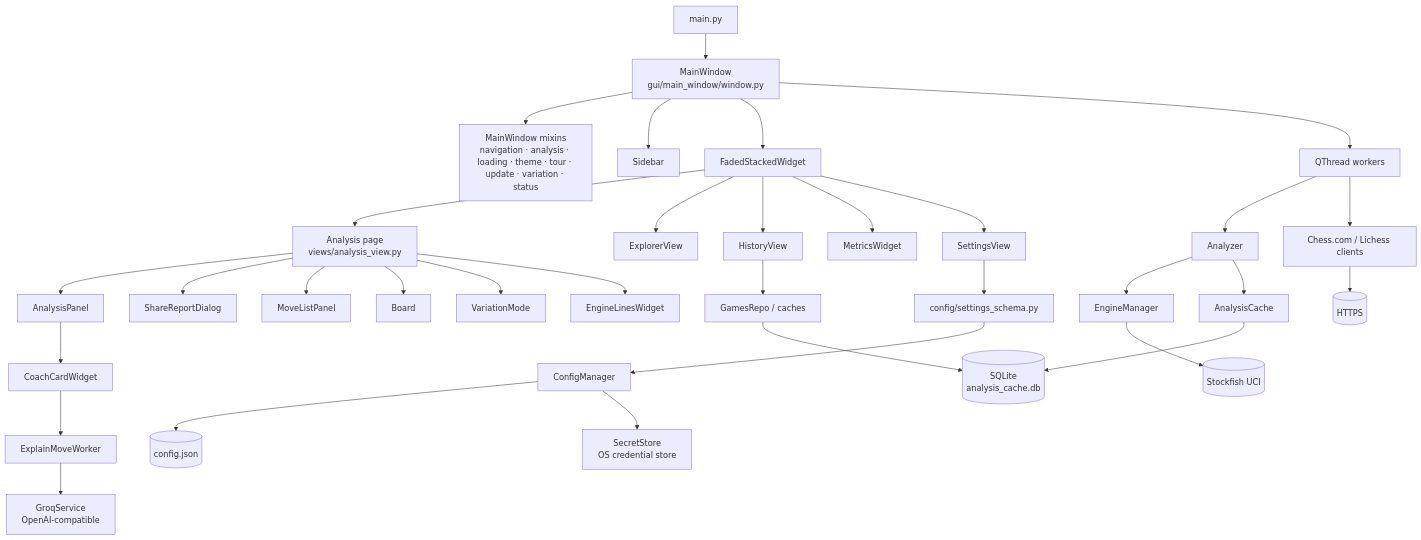
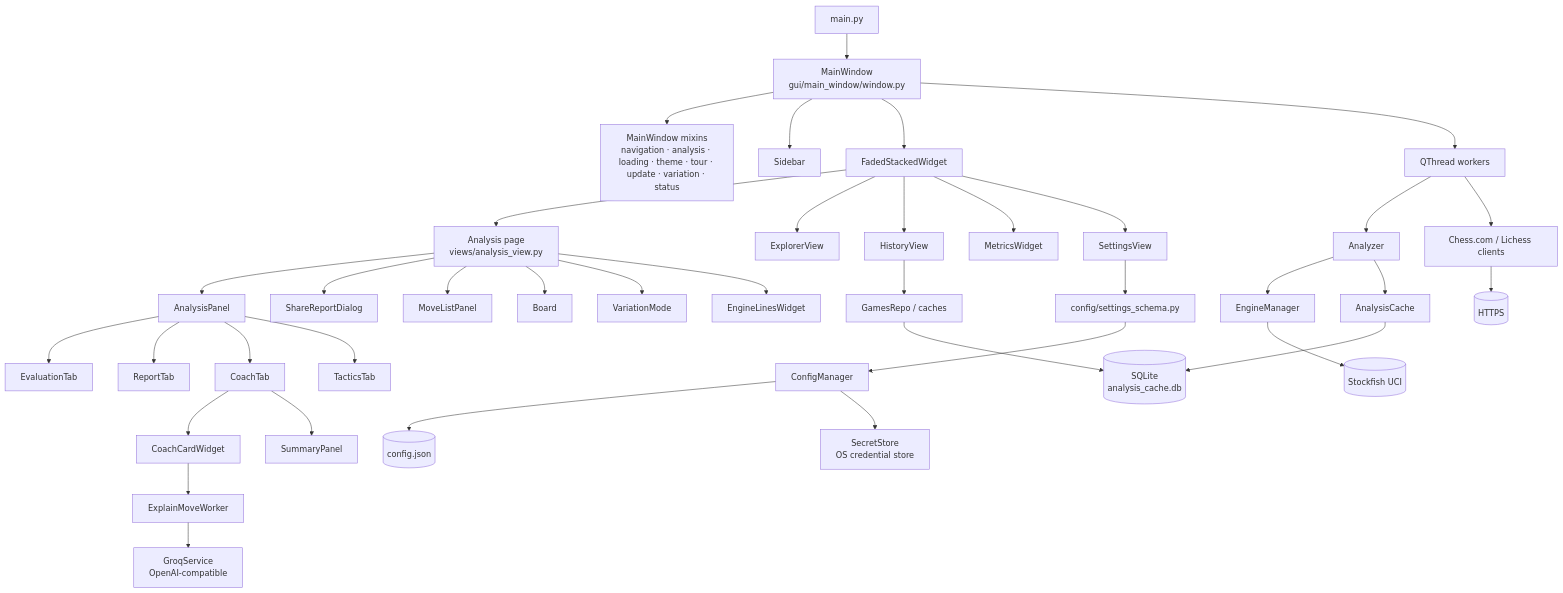
One commit to imutkarsht/Chess_analyzer changed the diagram in docs/architecture.md. Above: the diagram before and after it, drawn with Mermaid. The commit also changed other lines of this file and 51 other files, not shown here.

First line of the commit message:
refactor(wave-7): split AnalysisPanel into tabs and remove analysis duplication (#153)

````diff
--- a/docs/architecture.md
+++ b/docs/architecture.md
@@ -28,42 +28,47 @@
 ```mermaid
 flowchart TD
     main[main.py] --> window[MainWindow<br/>gui/main_window/window.py]
     window --> mixins[MainWindow mixins<br/>navigation · analysis · loading · theme · tour · update · variation · status]
     window --> sidebar[Sidebar]
     window --> stack[FadedStackedWidget]
 
     stack --> analysis[Analysis page<br/>views/analysis_view.py]
     stack --> explorer[ExplorerView]
     stack --> history[HistoryView]
     stack --> metrics[MetricsWidget]
     stack --> settings[SettingsView]
 
     analysis --> analysisPanel[AnalysisPanel]
     analysis --> shareReport[ShareReportDialog]
     analysis --> moveList[MoveListPanel]
     analysis --> board[Board]
     analysis --> variation[VariationMode]
     analysis --> engineLines[EngineLinesWidget]
 
-    analysisPanel --> coach[CoachCardWidget]
+    analysisPanel --> evalTab[EvaluationTab]
+    analysisPanel --> reportTab[ReportTab]
+    analysisPanel --> coachTab[CoachTab]
+    analysisPanel --> tacticsTab[TacticsTab]
+    coachTab --> coach[CoachCardWidget]
+    coachTab --> summary[SummaryPanel]
     coach --> coachWorker[ExplainMoveWorker]
     coachWorker --> llm[GroqService<br/>OpenAI-compatible]
 
     window --> workers[QThread workers]
     workers --> analyzer[Analyzer]
     analyzer --> engine[EngineManager]
     engine --> stockfish[(Stockfish UCI)]
 
     workers --> apis[Chess.com / Lichess clients]
     apis --> http[(HTTPS)]
 
     analyzer --> cache[AnalysisCache]
     cache --> sqlite[(SQLite<br/>analysis_cache.db)]
     history --> repos[GamesRepo / caches]
     repos --> sqlite
 
     settings --> schema[config/settings_schema.py]
     schema --> config[ConfigManager]
     config --> json[(config.json)]
     config --> secrets[SecretStore<br/>OS credential store]
 ```
````
